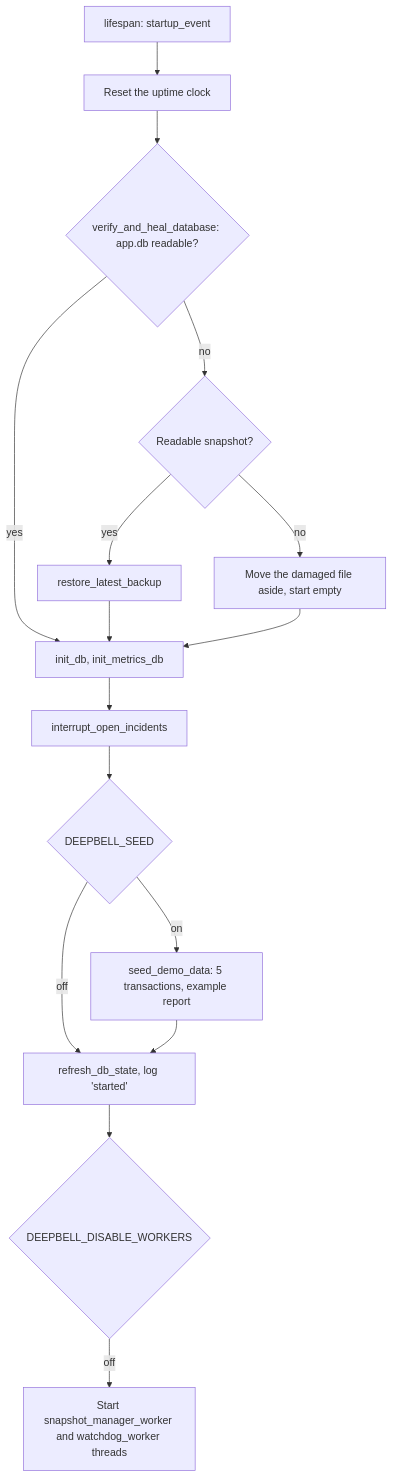
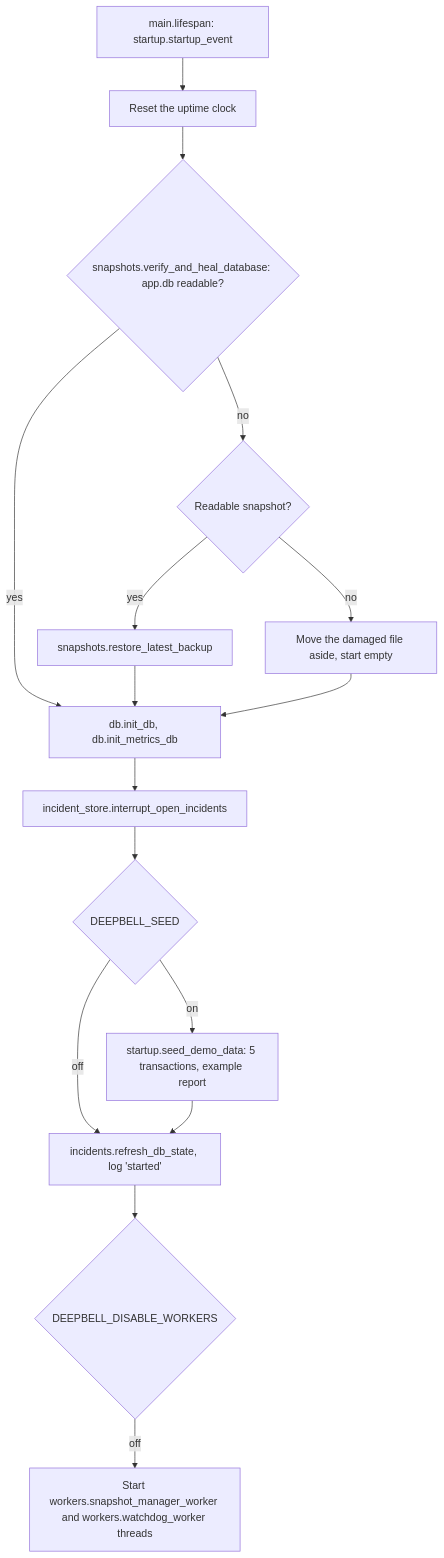
The seventh of 11 diagrams in docs/process-flows.md (vishnuatgit/DeepBell), drawn with Mermaid before and after one commit. The commit also changed other lines of this file and 37 other files, not shown here.

````diff
--- a/docs/process-flows.md
+++ b/docs/process-flows.md
@@ -245,16 +245,16 @@
 ```mermaid
 flowchart TD
-    A[lifespan: startup_event] --> B[Reset the uptime clock]
-    B --> C{"verify_and_heal_database: app.db readable?"}
-    C -- yes --> D[init_db, init_metrics_db]
+    A[main.lifespan: startup.startup_event] --> B[Reset the uptime clock]
+    B --> C{"snapshots.verify_and_heal_database: app.db readable?"}
+    C -- yes --> D[db.init_db, db.init_metrics_db]
     C -- no --> E{Readable snapshot?}
-    E -- yes --> F[restore_latest_backup] --> D
+    E -- yes --> F[snapshots.restore_latest_backup] --> D
     E -- no --> G[Move the damaged file aside, start empty] --> D
-    D --> H[interrupt_open_incidents]
+    D --> H[incident_store.interrupt_open_incidents]
     H --> I{DEEPBELL_SEED}
-    I -- on --> J["seed_demo_data: 5 transactions, example report"]
+    I -- on --> J["startup.seed_demo_data: 5 transactions, example report"]
     I -- off --> K
-    J --> K[refresh_db_state, log 'started']
+    J --> K[incidents.refresh_db_state, log 'started']
     K --> L{DEEPBELL_DISABLE_WORKERS}
-    L -- off --> M[Start snapshot_manager_worker and watchdog_worker threads]
+    L -- off --> M[Start workers.snapshot_manager_worker and workers.watchdog_worker threads]
 ```
````
